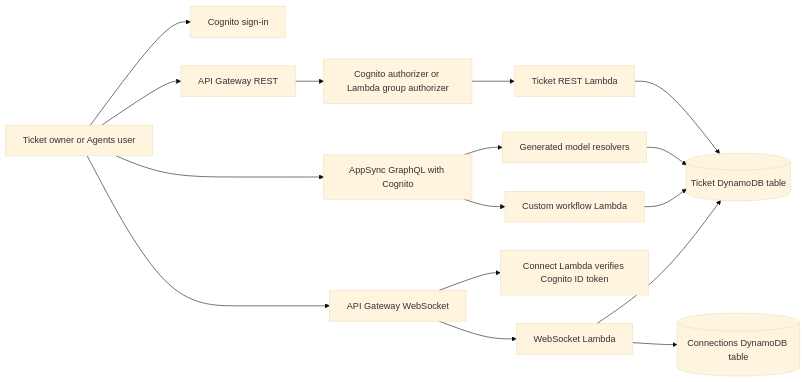
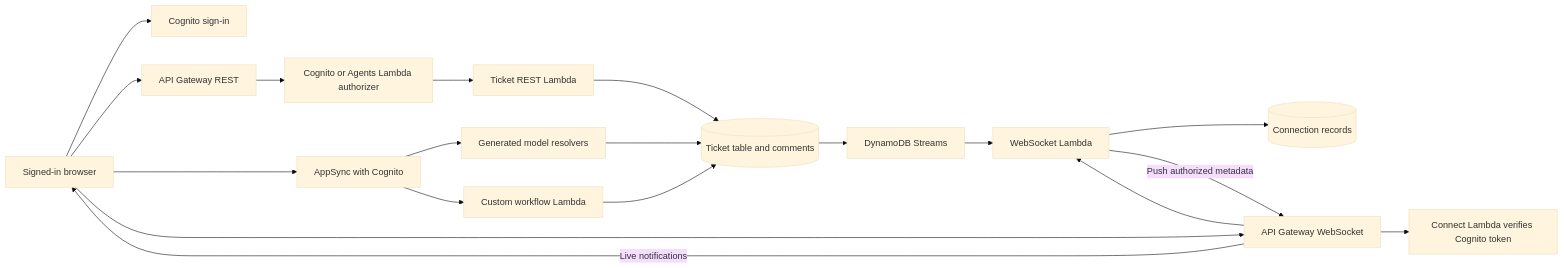
The diagram in docs/API-CONTRACT.md (gowthammail4macair/amplify-gen1-fullstack), drawn with Mermaid (base theme) before and after one commit. The commit also changed other lines of this file and 6 other files, not shown here.

Commit message:
docs: align API contracts and guides with live WebSocket notifications [skip ci]

````diff
--- a/docs/API-CONTRACT.md
+++ b/docs/API-CONTRACT.md
@@ -5,18 +11,21 @@
 ```mermaid
 flowchart LR
-  U[Ticket owner or Agents user] --> C[Cognito sign-in]
-  U --> R[API Gateway REST]
-  R --> RA[Cognito authorizer or Lambda group authorizer]
-  RA --> RL[Ticket REST Lambda]
-  RL --> T[(Ticket DynamoDB table)]
-  U --> G[AppSync GraphQL with Cognito]
-  G --> D[Generated model resolvers]
-  G --> W[Custom workflow Lambda]
+  U["Signed-in browser"] --> C["Cognito sign-in"]
+  U --> R["API Gateway REST"]
+  R --> RA["Cognito or Agents Lambda authorizer"]
+  RA --> RL["Ticket REST Lambda"]
+  U --> G["AppSync with Cognito"]
+  G --> D["Generated model resolvers"]
+  G --> W["Custom workflow Lambda"]
+  RL --> T[("Ticket table and comments")]
   D --> T
   W --> T
-  U --> S[API Gateway WebSocket]
-  S --> A[Connect Lambda verifies Cognito ID token]
-  S --> L[WebSocket Lambda]
-  L --> T
-  L --> K[(Connections DynamoDB table)]
+  T --> E["DynamoDB Streams"]
+  E --> L["WebSocket Lambda"]
+  U --> S["API Gateway WebSocket"]
+  S --> A["Connect Lambda verifies Cognito token"]
+  S --> L
+  L --> K[("Connection records")]
+  L -->|"Push authorized metadata"| S
+  S -->|"Live notifications"| U
 ```
````
